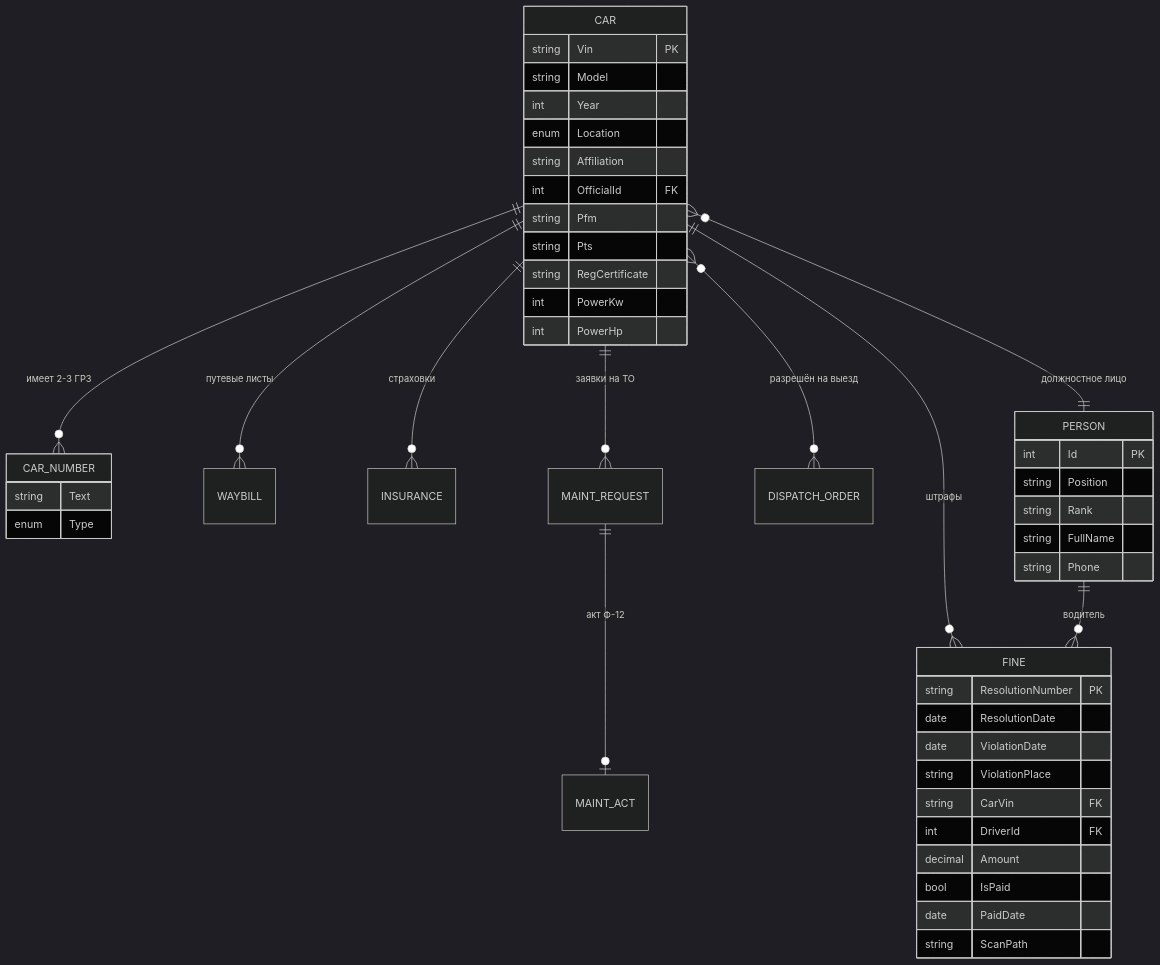
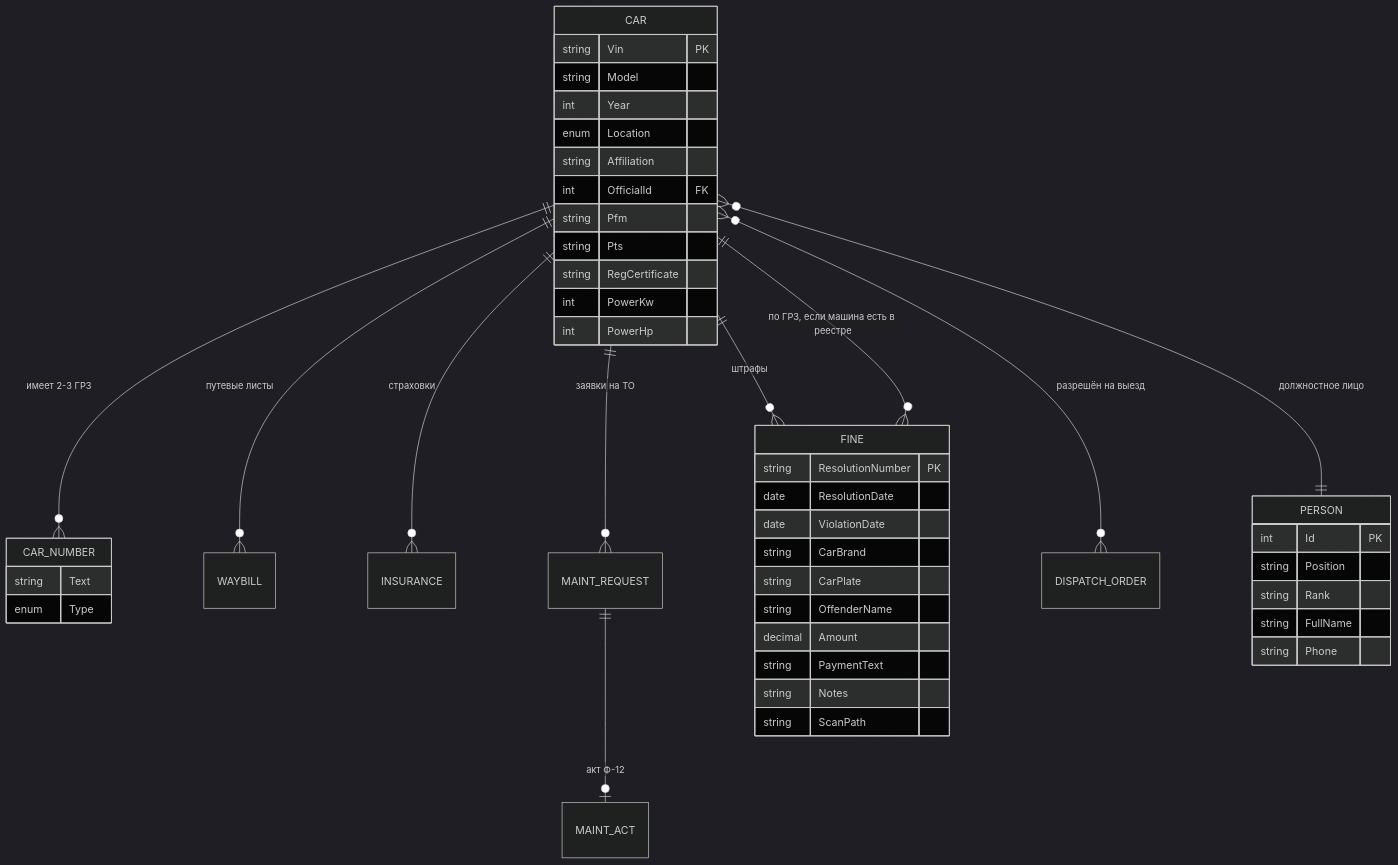
The first of 2 diagrams in docs/DESIGN.md (Rudzeris/ParkApp), drawn with Mermaid (dark theme) before and after one commit. The commit also changed other lines of this file and 20 other files, not shown here.

````diff
--- a/docs/DESIGN.md
+++ b/docs/DESIGN.md
@@ -69,50 +69,50 @@
 ```mermaid
 erDiagram
     CAR ||--o{ CAR_NUMBER      : "имеет 2-3 ГРЗ"
     CAR ||--o{ WAYBILL         : "путевые листы"
     CAR ||--o{ INSURANCE       : "страховки"
     CAR ||--o{ MAINT_REQUEST   : "заявки на ТО"
     CAR ||--o{ FINE            : "штрафы"
     CAR }o--o{ DISPATCH_ORDER  : "разрешён на выезд"
     CAR }o--|| PERSON          : "должностное лицо"
-    PERSON ||--o{ FINE         : "водитель"
+    CAR ||--o{ FINE            : "по ГРЗ, если машина есть в реестре"
     MAINT_REQUEST ||--o| MAINT_ACT : "акт Ф-12"
 
     PERSON {
         int Id PK
         string Position
         string Rank
         string FullName
         string Phone
     }
 
     CAR {
         string Vin PK
         string Model
         int Year
         enum Location
         string Affiliation
         int OfficialId FK
         string Pfm
         string Pts
         string RegCertificate
         int PowerKw
         int PowerHp
     }
     CAR_NUMBER {
         string Text
         enum Type
     }
     FINE {
         string ResolutionNumber PK
         date ResolutionDate
         date ViolationDate
-        string ViolationPlace
-        string CarVin FK
-        int DriverId FK
+        string CarBrand
+        string CarPlate
+        string OffenderName
         decimal Amount
-        bool IsPaid
-        date PaidDate
+        string PaymentText
+        string Notes
         string ScanPath
     }
 ```
````
